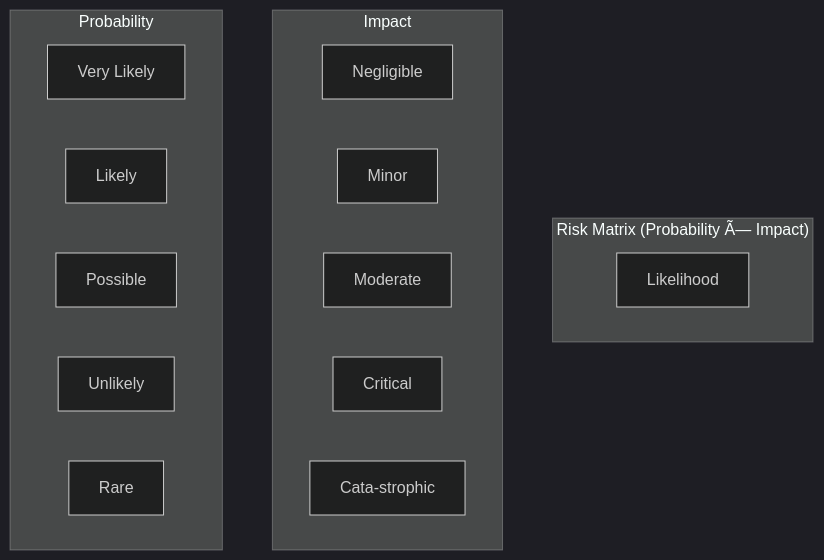
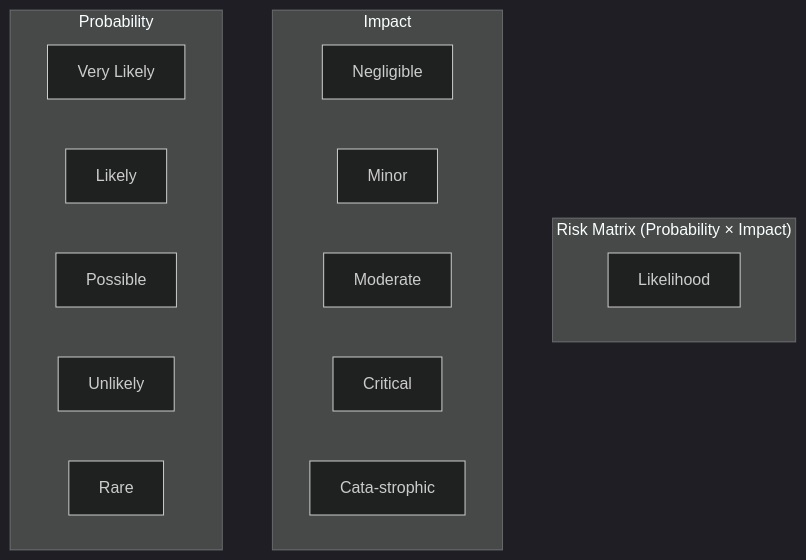
The fifth of 6 diagrams in docs/courses/software-engineering/16-capstone.md (Raushan666java/ai-engineering-journey), drawn with Mermaid (dark theme) before and after one commit. The commit also changed other lines of this file and 965 other files, not shown here.

````diff
--- a/docs/courses/software-engineering/16-capstone.md
+++ b/docs/courses/software-engineering/16-capstone.md
@@ -948,23 +948,23 @@
 ```mermaid
 graph TD
-    subgraph "Risk Matrix (Probability Ã— Impact)"
+    subgraph "Risk Matrix (Probability × Impact)"
         direction LR
         L1[Likelihood]
     end
     
     subgraph "Impact"
         I1[Negligible]
         I2[Minor]
         I3[Moderate]
         I4[Critical]
         I5[Cata-strophic]
     end
     
     subgraph "Probability"
         P5[Very Likely]
         P4[Likely]
         P3[Possible]
         P2[Unlikely]
         P1[Rare]
     end
 ```
````
